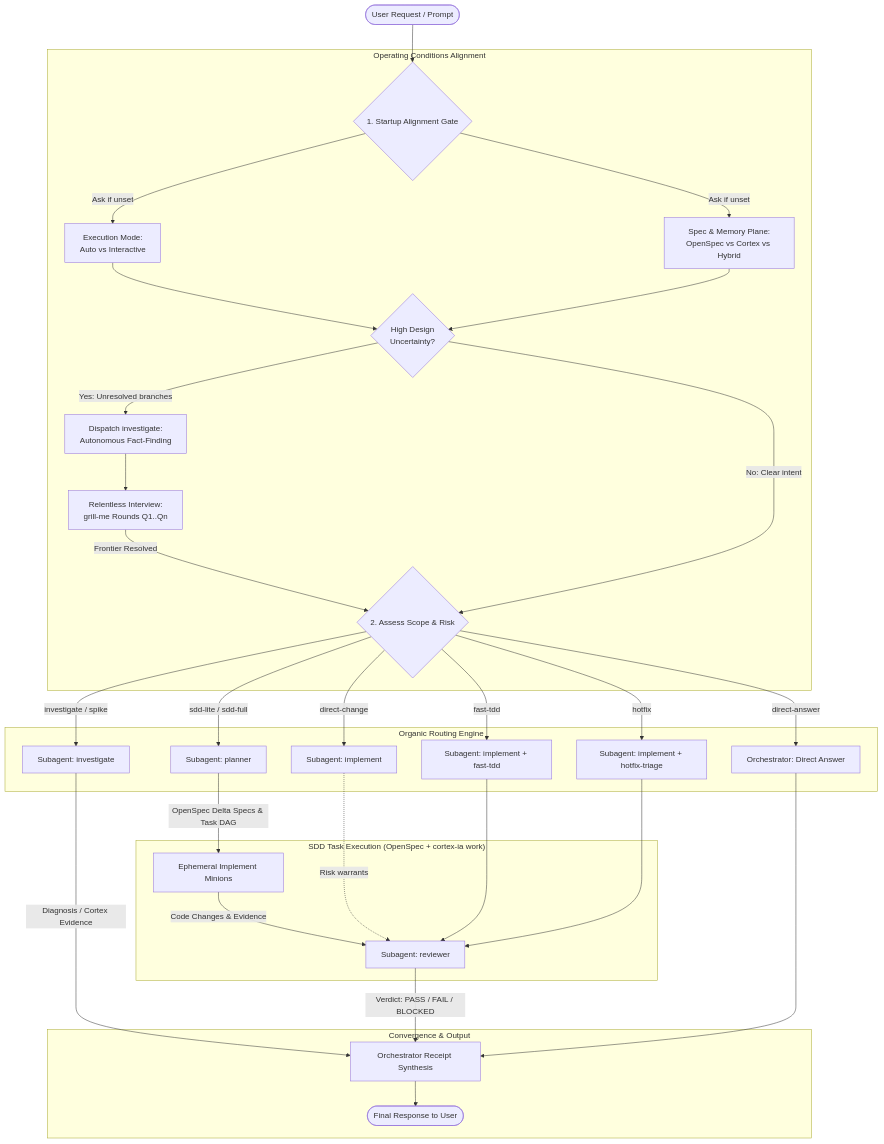
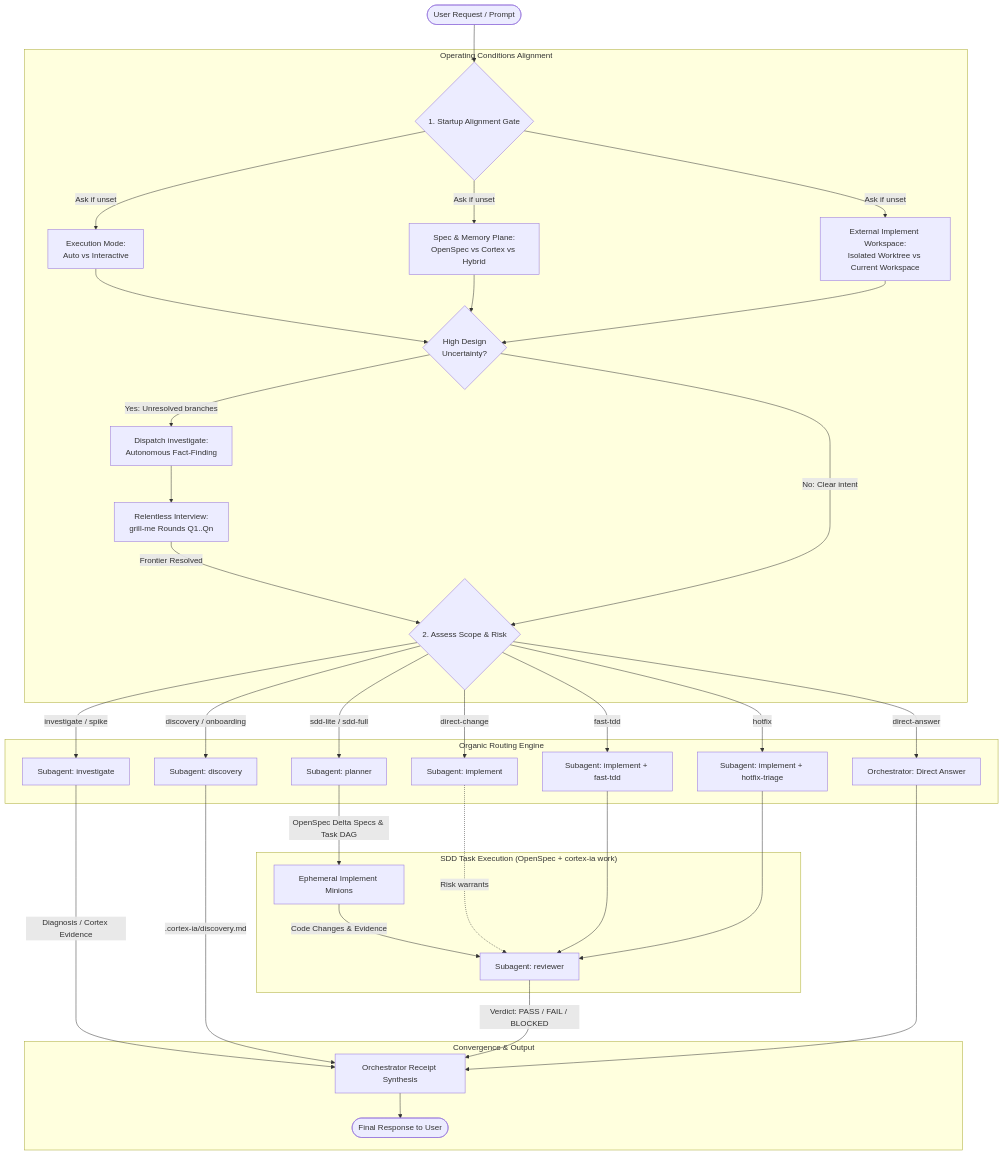
Before and after one commit to lleontor705/cortex-ia: the first of 4 diagrams in internal/assets/AGENTS.md, drawn with Mermaid. The commit also changed other lines of this file and 73 other files, not shown here.

````diff
--- a/internal/assets/AGENTS.md
+++ b/internal/assets/AGENTS.md
@@ -18,42 +22,46 @@
 ```mermaid
 flowchart TD
     User([User Request / Prompt]) --> StartGate{1. Startup Alignment Gate}
     
     subgraph Alignment ["Operating Conditions Alignment"]
         StartGate -->|Ask if unset| ModeChoice[Execution Mode:\nAuto vs Interactive]
         StartGate -->|Ask if unset| PlaneChoice[Spec & Memory Plane:\nOpenSpec vs Cortex vs Hybrid]
+        StartGate -->|Ask if unset| WorkspaceChoice[External Implement Workspace:\nIsolated Worktree vs Current Workspace]
         
         ModeChoice --> AmbiguityCheck{High Design\nUncertainty?}
         PlaneChoice --> AmbiguityCheck
+        WorkspaceChoice --> AmbiguityCheck
         
         AmbiguityCheck -->|Yes: Unresolved branches| InvFact[Dispatch investigate:\nAutonomous Fact-Finding]
         InvFact --> GrillMe[Relentless Interview:\ngrill-me Rounds Q1..Qn]
         GrillMe -->|Frontier Resolved| RouteDecision{2. Assess Scope & Risk}
         AmbiguityCheck -->|No: Clear intent| RouteDecision
     end
 
     subgraph Routing ["Organic Routing Engine"]
         RouteDecision -->|direct-answer| OrchSelf[Orchestrator: Direct Answer]
+        RouteDecision -->|discovery / onboarding| SubDiscovery[Subagent: discovery]
         RouteDecision -->|investigate / spike| SubInv[Subagent: investigate]
         RouteDecision -->|direct-change| SubImpDirect[Subagent: implement]
         RouteDecision -->|fast-tdd| SubImpTDD[Subagent: implement + fast-tdd]
         RouteDecision -->|hotfix| SubImpHotfix[Subagent: implement + hotfix-triage]
         RouteDecision -->|sdd-lite / sdd-full| SubPlan[Subagent: planner]
     end
 
     subgraph SDD_Flow ["SDD Task Execution (OpenSpec + cortex-ia work)"]
         SubPlan -->|OpenSpec Delta Specs & Task DAG| Minions[Ephemeral Implement Minions]
         Minions -->|Code Changes & Evidence| SubRev[Subagent: reviewer]
     end
 
     SubImpDirect -.->|Risk warrants| SubRev
     SubImpTDD --> SubRev
     SubImpHotfix --> SubRev
 
     subgraph Convergence ["Convergence & Output"]
         SubInv -->|Diagnosis / Cortex Evidence| OrchFinal[Orchestrator Receipt Synthesis]
+        SubDiscovery -->|.cortex-ia/discovery.md| OrchFinal
         SubRev -->|Verdict: PASS / FAIL / BLOCKED| OrchFinal
         OrchSelf --> OrchFinal
         OrchFinal --> Done([Final Response to User])
     end
 ```
````
